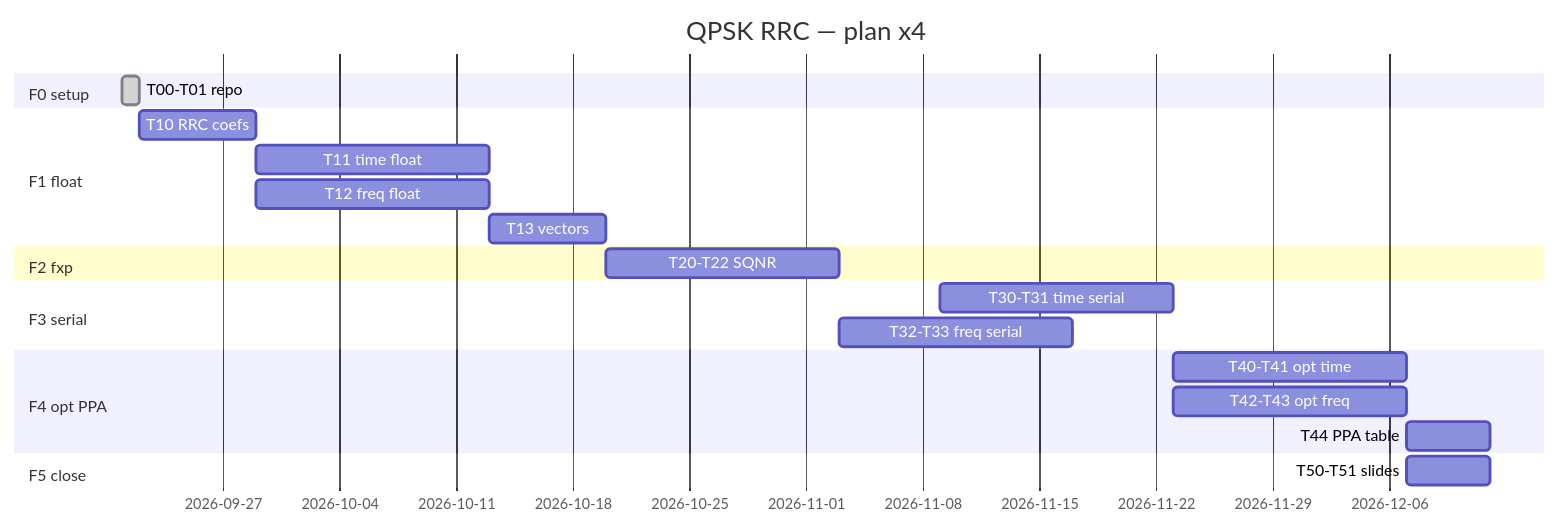
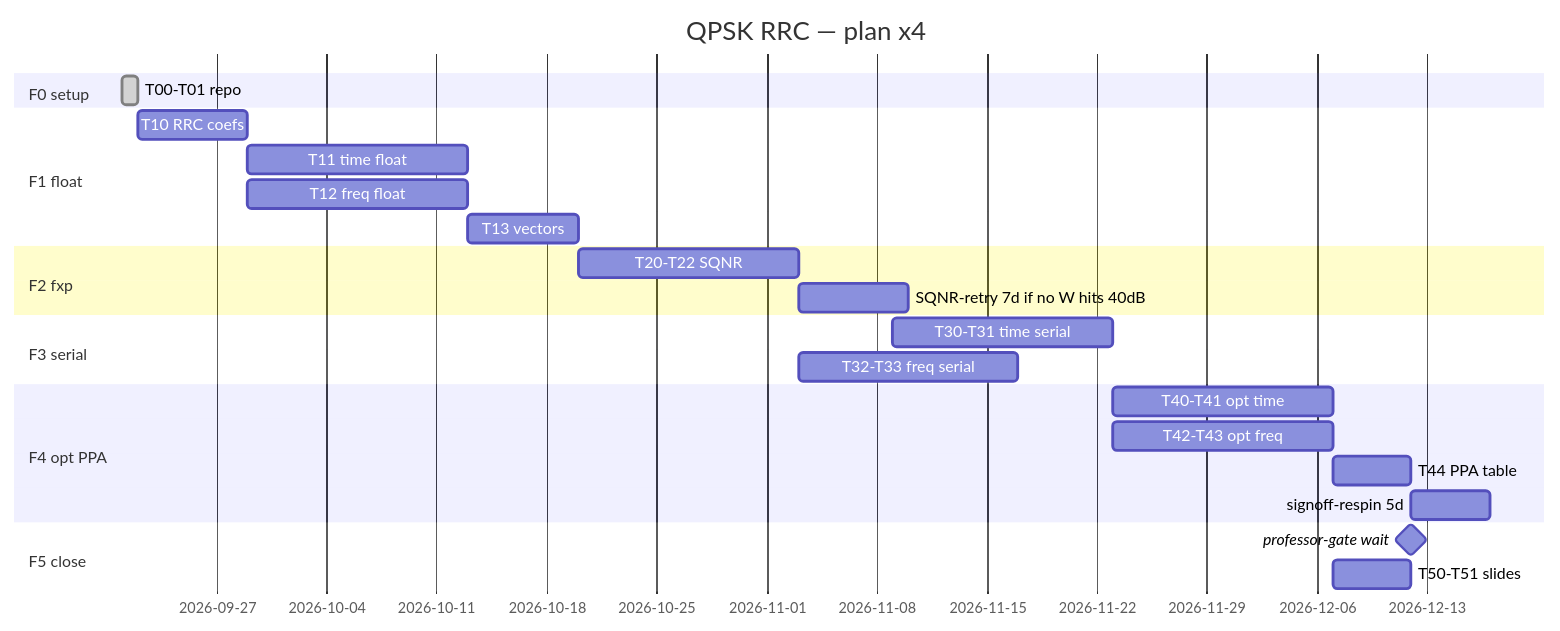
One commit to iledesma08/qpsk-rrc-filter-time-frequency changed the second of 2 diagrams in docs/plan-gantt.md. Above: the diagram before and after it, drawn with Mermaid. The commit also changed other lines of this file and 7 other files, not shown here.

````diff
--- a/docs/plan-gantt.md
+++ b/docs/plan-gantt.md
@@ -122,23 +126,26 @@
 ```mermaid
 gantt
   title QPSK RRC — plan x4
   dateFormat YYYY-MM-DD
   section F0 setup
   T00-T01 repo          :done, 2026-09-21, 1d
   section F1 float
   T10 RRC coefs         :2026-09-22, 7d
   T11 time float        :2026-09-29, 14d
   T12 freq float        :2026-09-29, 14d
   T13 vectors           :2026-10-13, 7d
   section F2 fxp
   T20-T22 SQNR          :2026-10-20, 14d
+  SQNR-retry 7d if no W hits 40dB :2026-11-03, 7d
   section F3 serial
   T30-T31 time serial   :2026-11-09, 14d
   T32-T33 freq serial   :2026-11-03, 14d
   section F4 opt PPA
   T40-T41 opt time      :2026-11-23, 14d
   T42-T43 opt freq      :2026-11-23, 14d
   T44 PPA table         :2026-12-07, 5d
+  signoff-respin 5d     :2026-12-12, 5d
   section F5 close
+  professor-gate wait   :milestone, 2026-12-12, 0d
   T50-T51 slides        :2026-12-07, 5d
 ```
````
